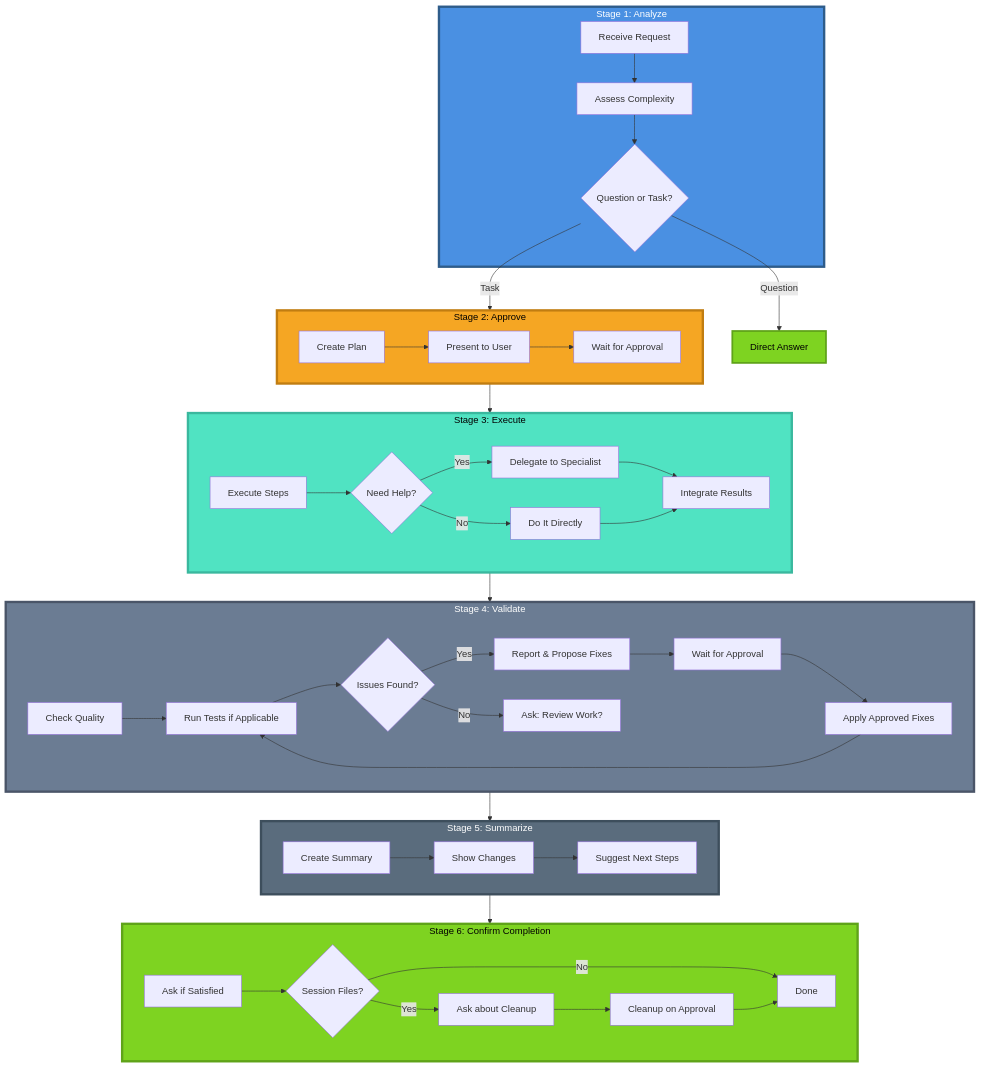
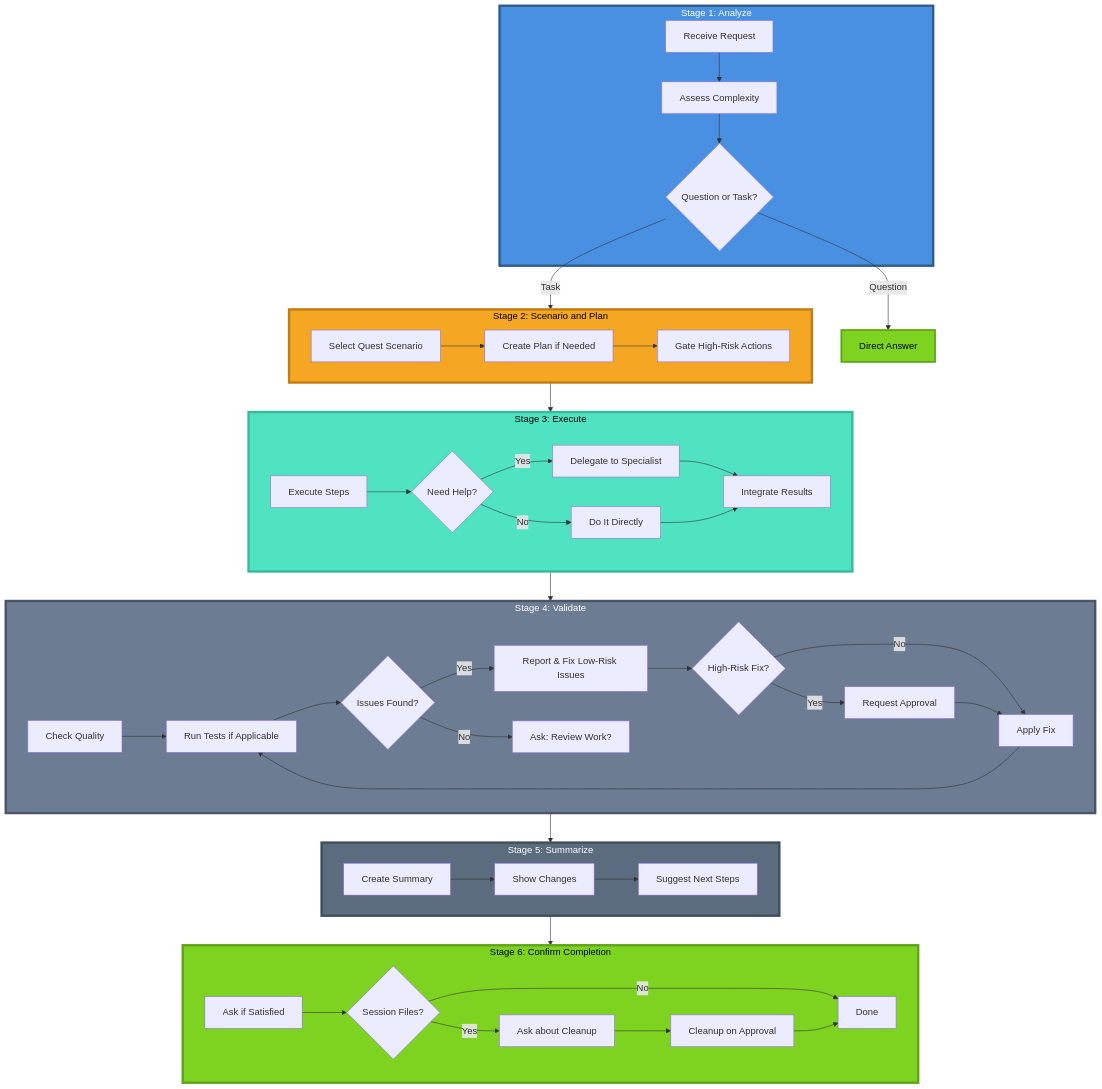
One commit to kalihat007/OpenAgentsControl changed the fourth of 17 diagrams in docs/agents/openagent.md. Above: the diagram before and after it, drawn with Mermaid. The commit also changed other lines of this file and 23 other files, not shown here.

````diff
--- a/docs/agents/openagent.md
+++ b/docs/agents/openagent.md
@@ -161,58 +161,60 @@
 ```mermaid
 graph TD
     subgraph Stage1["Stage 1: Analyze"]
         A1[Receive Request] --> A2[Assess Complexity]
         A2 --> A3{Question or Task?}
     end
     
-    subgraph Stage2["Stage 2: Approve"]
-        B1[Create Plan] --> B2[Present to User]
-        B2 --> B3[Wait for Approval]
+    subgraph Stage2["Stage 2: Scenario and Plan"]
+        B1[Select Quest Scenario] --> B2[Create Plan if Needed]
+        B2 --> B3[Gate High-Risk Actions]
     end
     
     subgraph Stage3["Stage 3: Execute"]
         C1[Execute Steps] --> C2{Need Help?}
         C2 -->|Yes| C3[Delegate to Specialist]
         C2 -->|No| C4[Do It Directly]
         C3 --> C5[Integrate Results]
         C4 --> C5
     end
     
     subgraph Stage4["Stage 4: Validate"]
         D1[Check Quality] --> D2[Run Tests if Applicable]
         D2 --> D3{Issues Found?}
-        D3 -->|Yes| D4[Report & Propose Fixes]
-        D4 --> D5[Wait for Approval]
-        D5 --> D6[Apply Approved Fixes]
+        D3 -->|Yes| D4[Report & Fix Low-Risk Issues]
+        D4 --> D5{High-Risk Fix?}
+        D5 -->|No| D6[Apply Fix]
+        D5 -->|Yes| D8[Request Approval]
+        D8 --> D6
         D6 --> D2
         D3 -->|No| D7[Ask: Review Work?]
     end
     
     subgraph Stage5["Stage 5: Summarize"]
         E1[Create Summary] --> E2[Show Changes]
         E2 --> E3[Suggest Next Steps]
     end
     
     subgraph Stage6["Stage 6: Confirm Completion"]
         F1[Ask if Satisfied] --> F2{Session Files?}
         F2 -->|Yes| F3[Ask about Cleanup]
         F2 -->|No| F4[Done]
         F3 --> F5[Cleanup on Approval]
         F5 --> F4
     end
     
     A3 -->|Question| Answer[Direct Answer]
     A3 -->|Task| Stage2
     Stage2 --> Stage3
     Stage3 --> Stage4
     Stage4 --> Stage5
     Stage5 --> Stage6
     
     style Stage1 fill:#4A90E2,stroke:#2E5C8A,stroke-width:4px,color:#fff
     style Stage2 fill:#F5A623,stroke:#C17D11,stroke-width:4px,color:#000
     style Stage3 fill:#50E3C2,stroke:#3AB89E,stroke-width:4px,color:#000
     style Stage4 fill:#6B7C93,stroke:#4A5568,stroke-width:4px,color:#fff
     style Stage5 fill:#5A6C7D,stroke:#3D4E5C,stroke-width:4px,color:#fff
     style Stage6 fill:#7ED321,stroke:#5FA319,stroke-width:4px,color:#000
     style Answer fill:#7ED321,stroke:#5FA319,stroke-width:3px,color:#000
 ```
````
